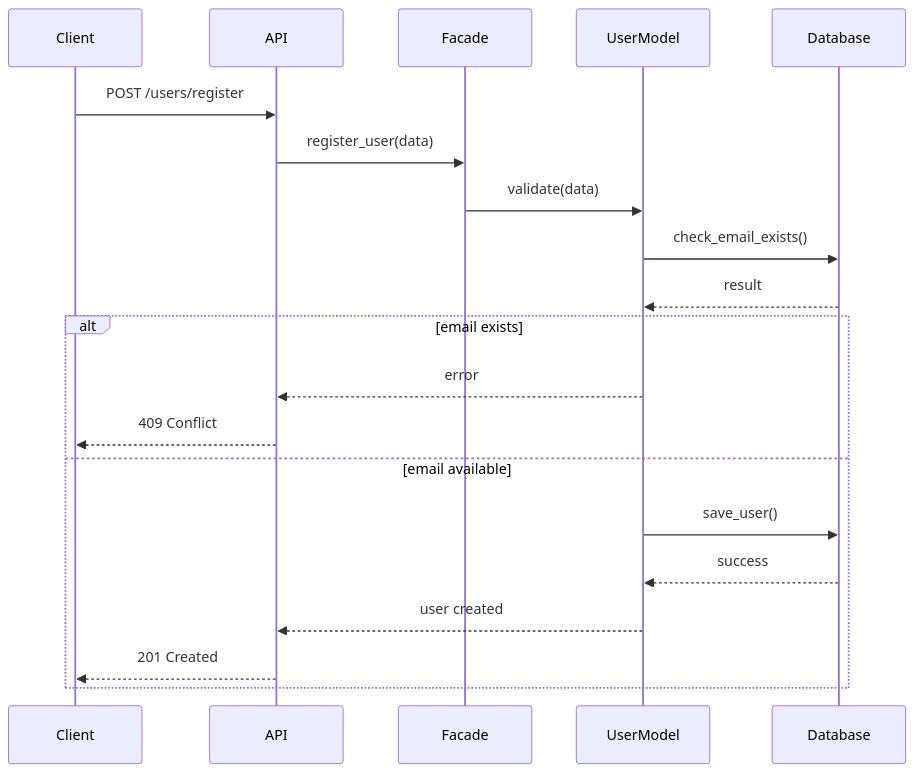
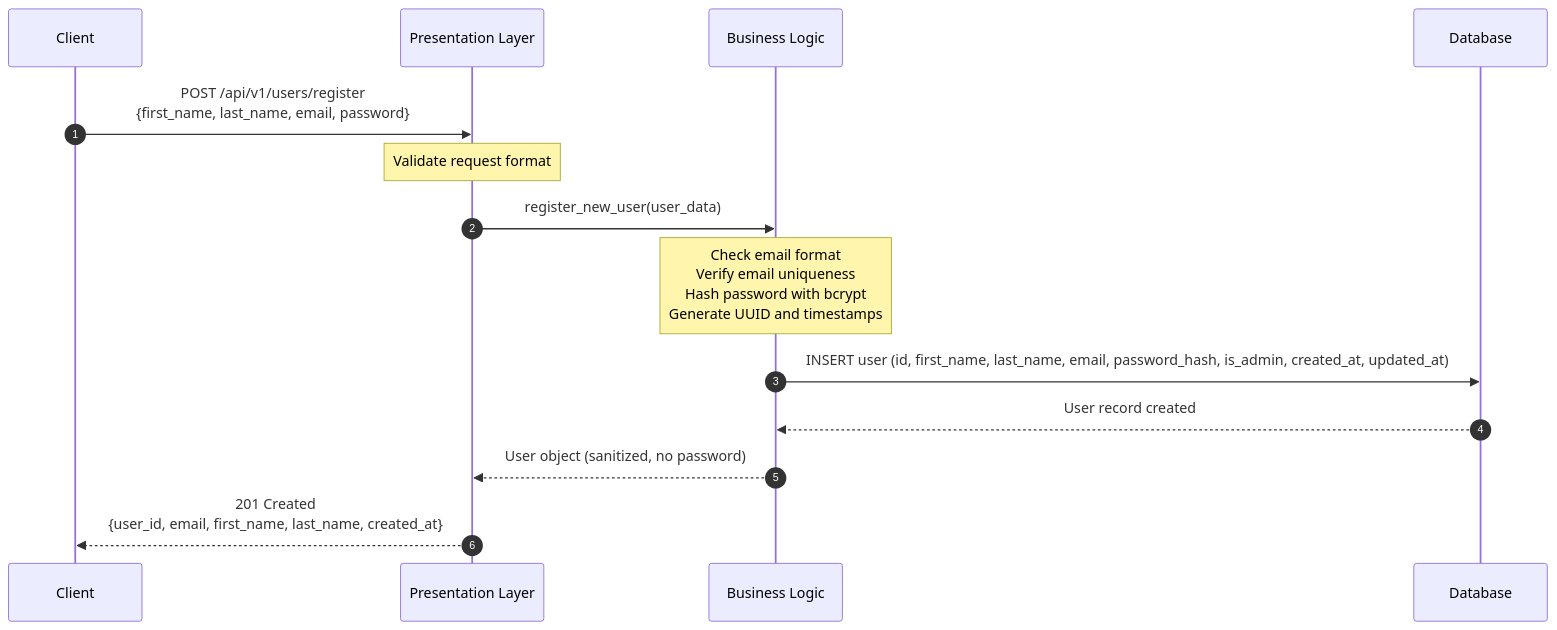
One commit to aliabdullah1215/holbertonschool-hbnb changed the first of 4 diagrams in part1/task2_sequence_diagrams.md. Above: the diagram before and after it, drawn with Mermaid. The commit also changed other lines of this file, not shown here.

Commit message:
implement sequence diagrams for core APIs

````diff
--- a/part1/task2_sequence_diagrams.md
+++ b/part1/task2_sequence_diagrams.md
@@ -11,24 +11,20 @@
 ```mermaid
 sequenceDiagram
-    participant Client
-    participant API
-    participant Facade
-    participant UserModel
-    participant Database
+    autonumber
+    participant U as Client
+    participant P as Presentation Layer
+    participant B as Business Logic
+    participant D as Database
 
-    Client->>API: POST /users/register
-    API->>Facade: register_user(data)
-    Facade->>UserModel: validate(data)
-    UserModel->>Database: check_email_exists()
-    Database-->>UserModel: result
+    U->>P: POST /api/v1/users/register<br/>{first_name, last_name, email, password}
     
-    alt email exists
-        UserModel-->>API: error
-        API-->>Client: 409 Conflict
-    else email available
-        UserModel->>Database: save_user()
-        Database-->>UserModel: success
-        UserModel-->>API: user created
-        API-->>Client: 201 Created
-    end
+    Note over P: Validate request format
+    P->>B: register_new_user(user_data)
+    
+    Note over B: Check email format<br/>Verify email uniqueness<br/>Hash password with bcrypt<br/>Generate UUID and timestamps
+    B->>D: INSERT user (id, first_name, last_name, email, password_hash, is_admin, created_at, updated_at)
+    
+    D-->>B: User record created
+    B-->>P: User object (sanitized, no password)
+    P-->>U: 201 Created<br/>{user_id, email, first_name, last_name, created_at}
 ```
````
